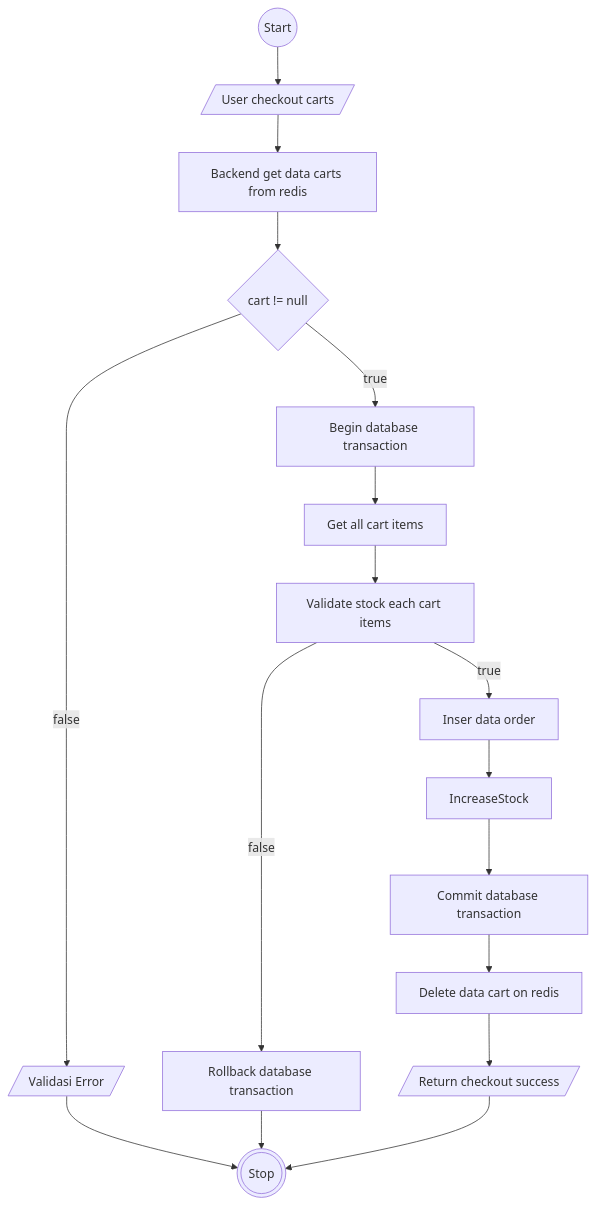
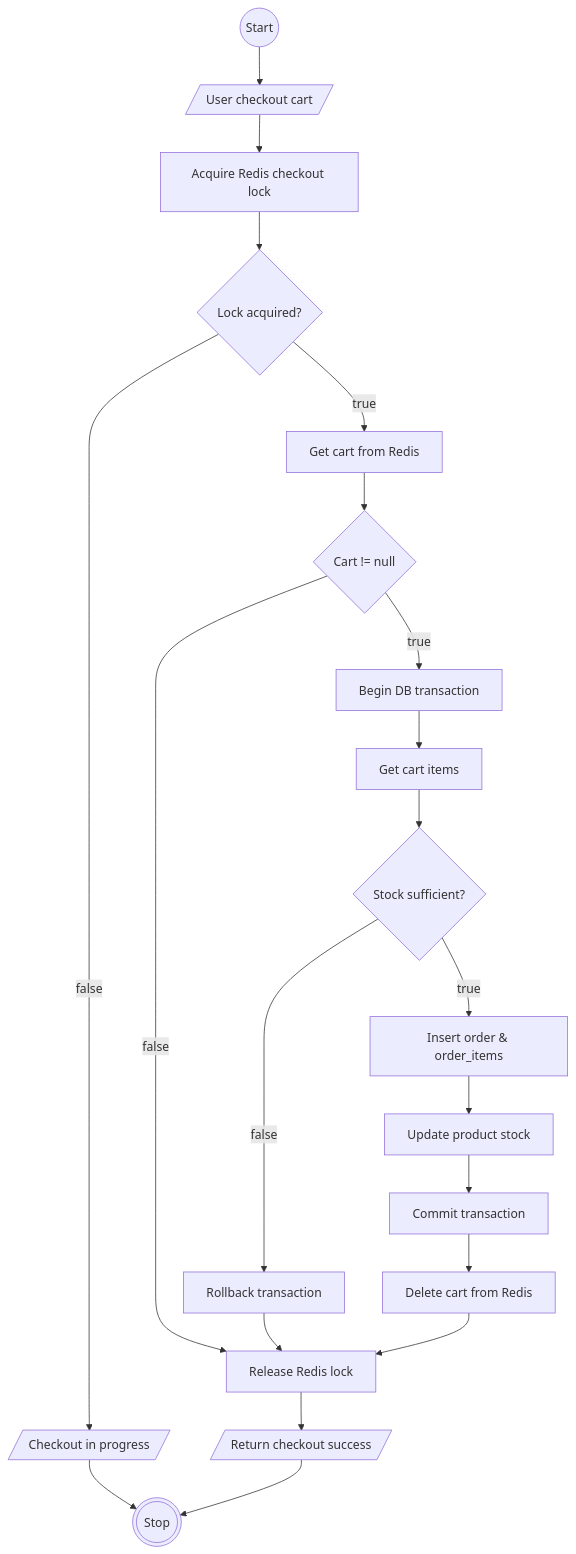
The fifth of 8 diagrams in README.md (ItsnaMaulanaHasan/system-design-carts-system), drawn with Mermaid before and after one commit. The commit also changed other lines of this file, not shown here.

Commit message:
feat: create requence diagram, achitecture diagram , and adjust flowchart

````diff
--- a/README.md
+++ b/README.md
@@ -135,28 +182,42 @@
 ```mermaid
 flowchart TD
     Start@{ shape: circle, label: "Start" }
     Stop@{ shape: dbl-circ, label: "Stop" }
 
-    UserCheckout@{ shape: lean-r, label: "User checkout carts" }
-    BackendGet@{ shape: rect, label: "Backend get data carts from redis" }
+    UserCheckout@{ shape: lean-r, label: "User checkout cart" }
+    AcquireLock@{ shape: rect, label: "Acquire Redis checkout lock" }
 
-    CheckCart@{ shape: diamond, label: "cart != null" }
-    ReturnError@{ shape: lean-r, label: "Validasi Error" }
-    BeginTransaction@{ shape: rect, label: "Begin database transaction" }
-    GetAllCart@{ shape: rect, label: "Get all cart items" }
-    CheckStock@{ shape: rect, label: "Validate stock each cart items" }
+    LockCheck@{ shape: diamond, label: "Lock acquired?" }
+    ReturnLocked@{ shape: lean-r, label: "Checkout in progress" }
 
-    Rollback@{ shape: rect, label: "Rollback database transaction" }
-    InsertOrder@{ shape: rect, label: "Inser data order" }
-    Commit@{ shape: rect, label: "Commit database transaction"}
-    DeleteRedis@{ shape: rect, label: "Delete data cart on redis" }
+    GetCart@{ shape: rect, label: "Get cart from Redis" }
+    CartCheck@{ shape: diamond, label: "Cart != null" }
+
+    BeginTX@{ shape: rect, label: "Begin DB transaction" }
+    GetItems@{ shape: rect, label: "Get cart items" }
+
+    StockCheck@{ shape: diamond, label: "Stock sufficient?" }
+
+    Rollback@{ shape: rect, label: "Rollback transaction" }
+    InsertOrder@{ shape: rect, label: "Insert order & order_items" }
+    UpdateStock@{ shape: rect, label: "Update product stock" }
+    Commit@{ shape: rect, label: "Commit transaction" }
+
+    DeleteCart@{ shape: rect, label: "Delete cart from Redis" }
+    ReleaseLock@{ shape: rect, label: "Release Redis lock" }
+
     ReturnSuccess@{ shape: lean-r, label: "Return checkout success" }
 
-    Start --> UserCheckout --> BackendGet --> CheckCart
+    Start --> UserCheckout --> AcquireLock --> LockCheck
 
-    CheckCart -- false --> ReturnError --> Stop
-    CheckCart -- true --> BeginTransaction --> GetAllCart --> CheckStock
+    LockCheck -- false --> ReturnLocked --> Stop
+    LockCheck -- true --> GetCart --> CartCheck
 
-    CheckStock -- false --> Rollback --> Stop
-    CheckStock -- true --> InsertOrder --> IncreaseStock --> Commit --> DeleteRedis --> ReturnSuccess --> Stop
+    CartCheck -- false --> ReleaseLock
+
+    CartCheck -- true --> BeginTX --> GetItems --> StockCheck
+
+    StockCheck -- false --> Rollback --> ReleaseLock
+    StockCheck -- true --> InsertOrder --> UpdateStock --> Commit --> DeleteCart --> ReleaseLock --> ReturnSuccess --> Stop
+
 ```
````
